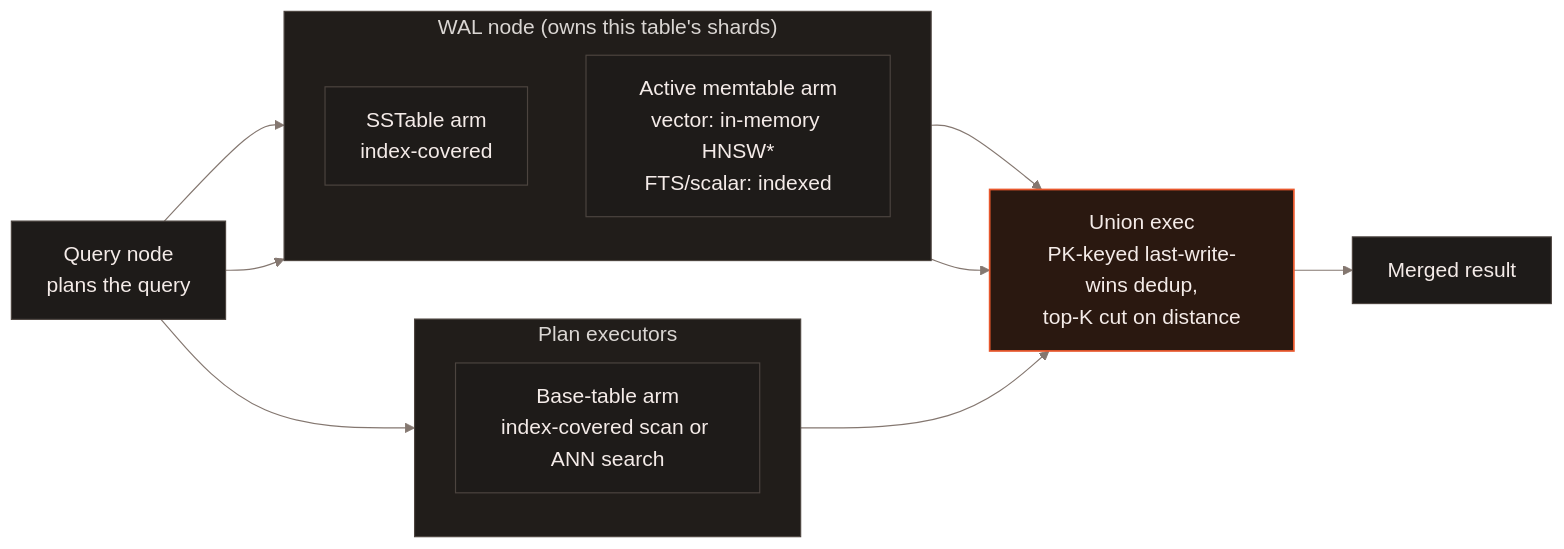
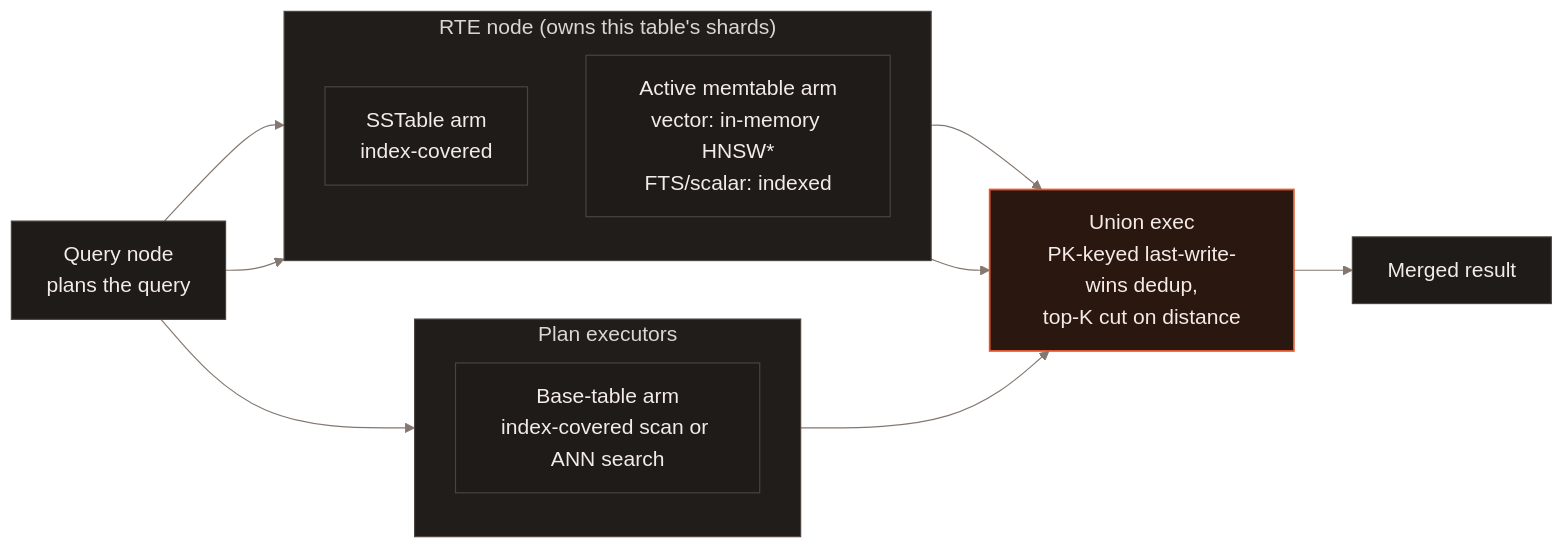
Before and after one commit to lancedb/lancedb: the first of 4 diagrams in docs/web/enterprise/distributed-real-time-read.mdx, drawn with Mermaid. The commit also changed other lines of this file and 7 other files, not shown here.

````diff
--- a/docs/web/enterprise/distributed-real-time-read.mdx
+++ b/docs/web/enterprise/distributed-real-time-read.mdx
@@ -22,34 +22,34 @@
 ```mermaid
 %%{init: {"theme": "base", "themeVariables": {
   "background": "#171513", "primaryColor": "#1e1b19", "primaryTextColor": "#f4ebe8",
   "primaryBorderColor": "#4c443f", "lineColor": "#847770", "textColor": "#f4ebe8",
   "clusterBkg": "#211d1a", "clusterBorder": "#4c443f", "edgeLabelBackground": "#171513",
   "fontFamily": "Inter, sans-serif", "fontSize": "18px"
 }}}%%
 flowchart LR
     Q["Query node<br/>plans the query"]
 
     subgraph PE["Plan executors"]
     direction TB
     B1["Base-table arm<br/>index-covered scan or ANN search"]
     end
 
-    subgraph WN["WAL node (owns this table's shards)"]
+    subgraph WN["RTE node (owns this table's shards)"]
     direction TB
     W1["SSTable arm<br/>index-covered"]
     W2["Active memtable arm<br/>vector: in-memory HNSW*<br/>FTS/scalar: indexed"]
     end
 
     U["Union exec<br/>PK-keyed last-write-wins dedup,<br/>top-K cut on distance"]
 
     Q --> B1
     Q --> W1
     Q --> W2
     B1 --> U
     W1 --> U
     W2 --> U
     U --> R["Merged result"]
     classDef default fill:#1e1b19,stroke:#4c443f,stroke-width:1px,color:#f4ebe8
     classDef accent fill:#2a1810,stroke:#e8582d,stroke-width:1.5px,color:#f4ebe8
     class U accent
 ```
````
